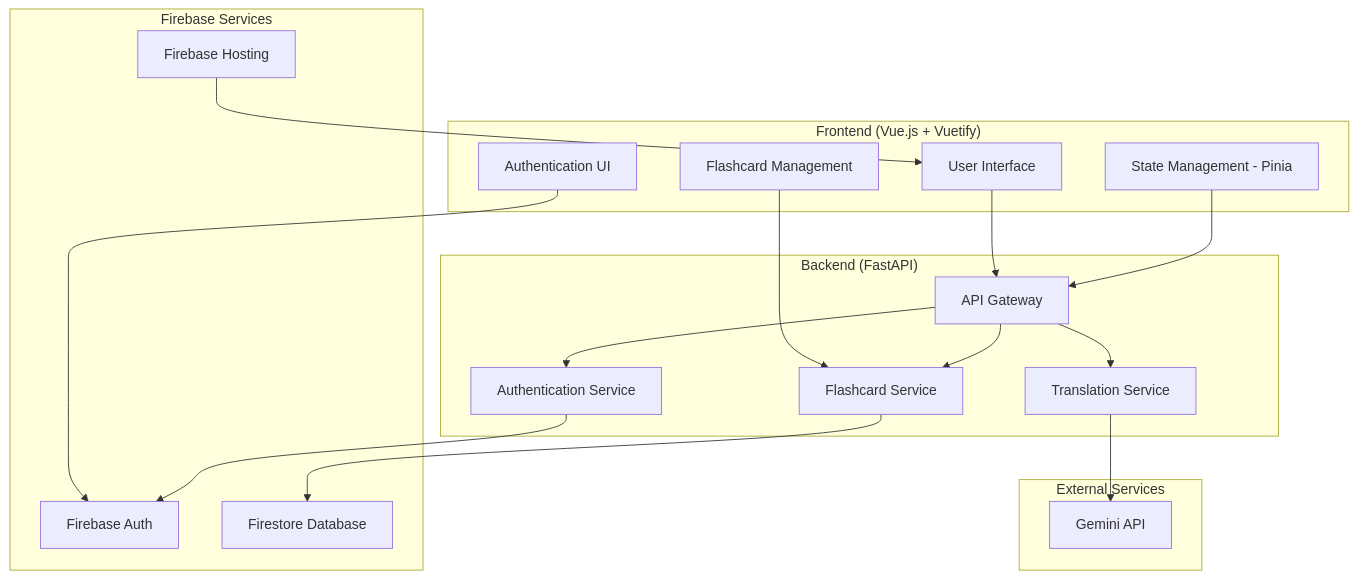
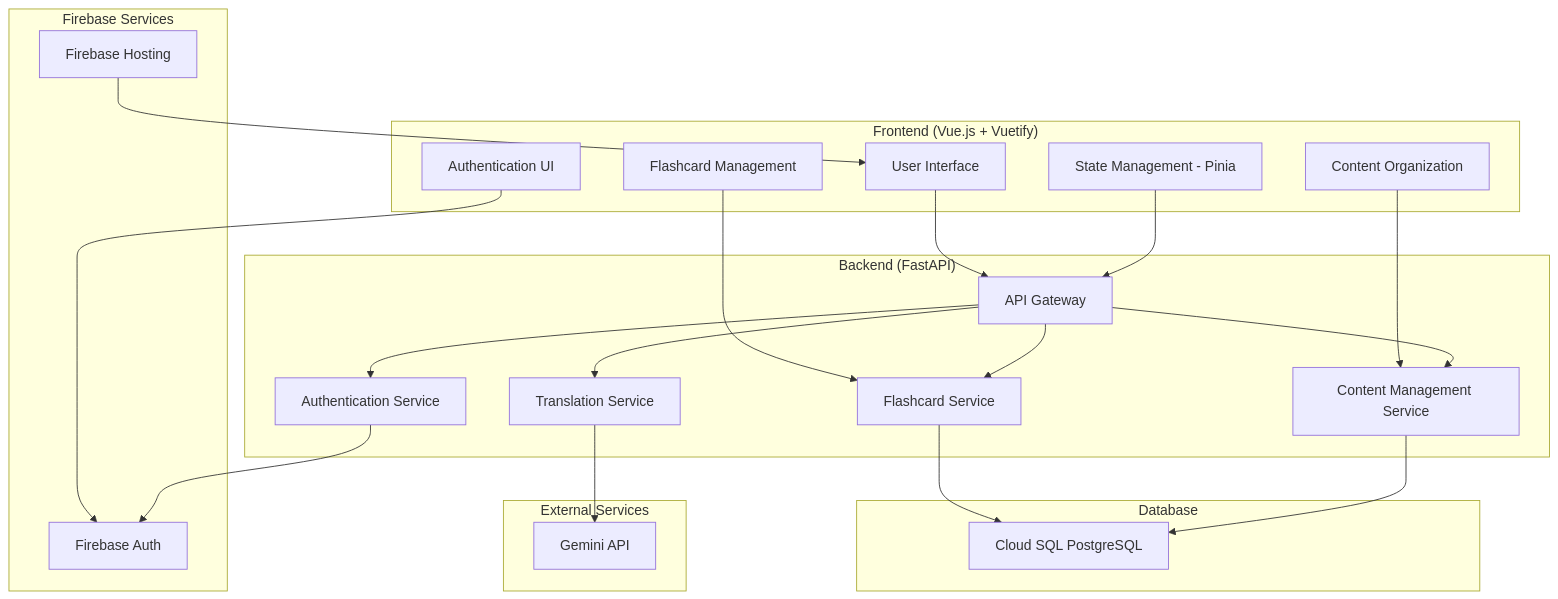
The second of 4 diagrams in docs/technical-design.md (yc3136/vocabloom), drawn with Mermaid before and after one commit. The commit also changed other lines of this file and 2 other files, not shown here.

````diff
--- a/docs/technical-design.md
+++ b/docs/technical-design.md
@@ -290,38 +291,46 @@
 ```mermaid
 graph TB
     subgraph "Frontend (Vue.js + Vuetify)"
         A[User Interface]
         B[Authentication UI]
         C[Flashcard Management]
-        D[State Management - Pinia]
+        D[Content Organization]
+        E[State Management - Pinia]
     end
     
     subgraph "Backend (FastAPI)"
-        E[API Gateway]
-        F[Authentication Service]
-        G[Flashcard Service]
-        H[Translation Service]
+        F[API Gateway]
+        G[Authentication Service]
+        H[Flashcard Service]
+        I[Content Management Service]
+        J[Translation Service]
     end
     
     subgraph "Firebase Services"
-        I[Firebase Auth]
-        J[Firestore Database]
-        K[Firebase Hosting]
+        K[Firebase Auth]
+        L[Firebase Hosting]
+    end
+    
+    subgraph "Database"
+        M[Cloud SQL PostgreSQL]
     end
     
     subgraph "External Services"
-        L[Gemini API]
+        N[Gemini API]
     end
     
-    A --> E
-    B --> I
-    C --> G
-    D --> E
+    A --> F
+    B --> K
+    C --> H
+    D --> I
     E --> F
-    E --> G
-    E --> H
+    F --> G
+    F --> H
     F --> I
-    G --> J
-    H --> L
-    K --> A
+    F --> J
+    G --> K
+    H --> M
+    I --> M
+    J --> N
+    L --> A
 ```
````
